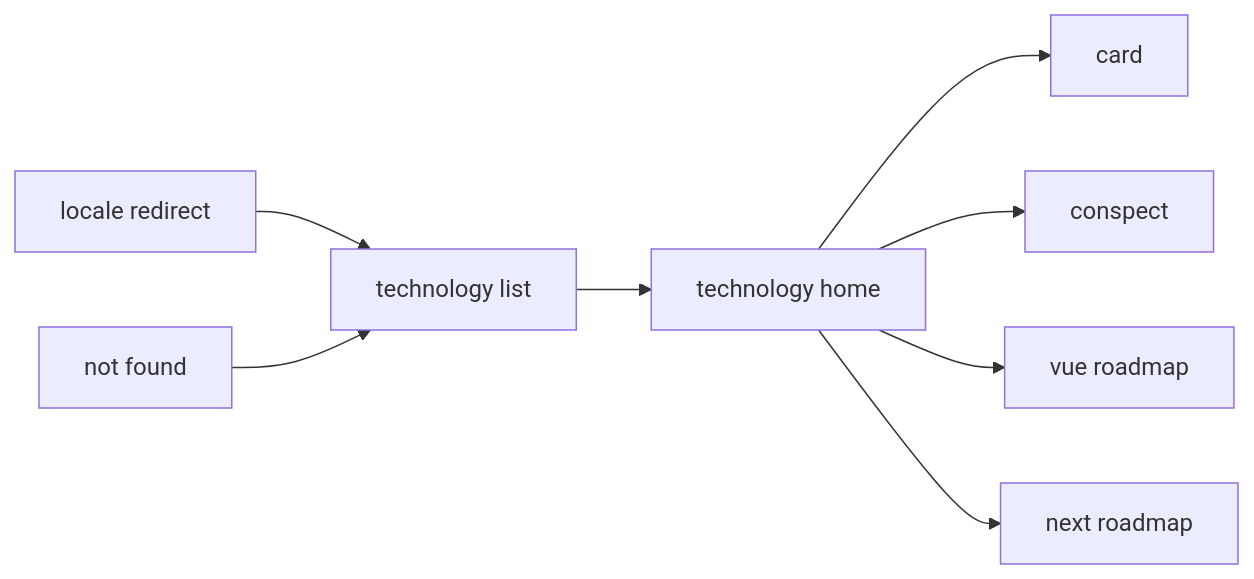
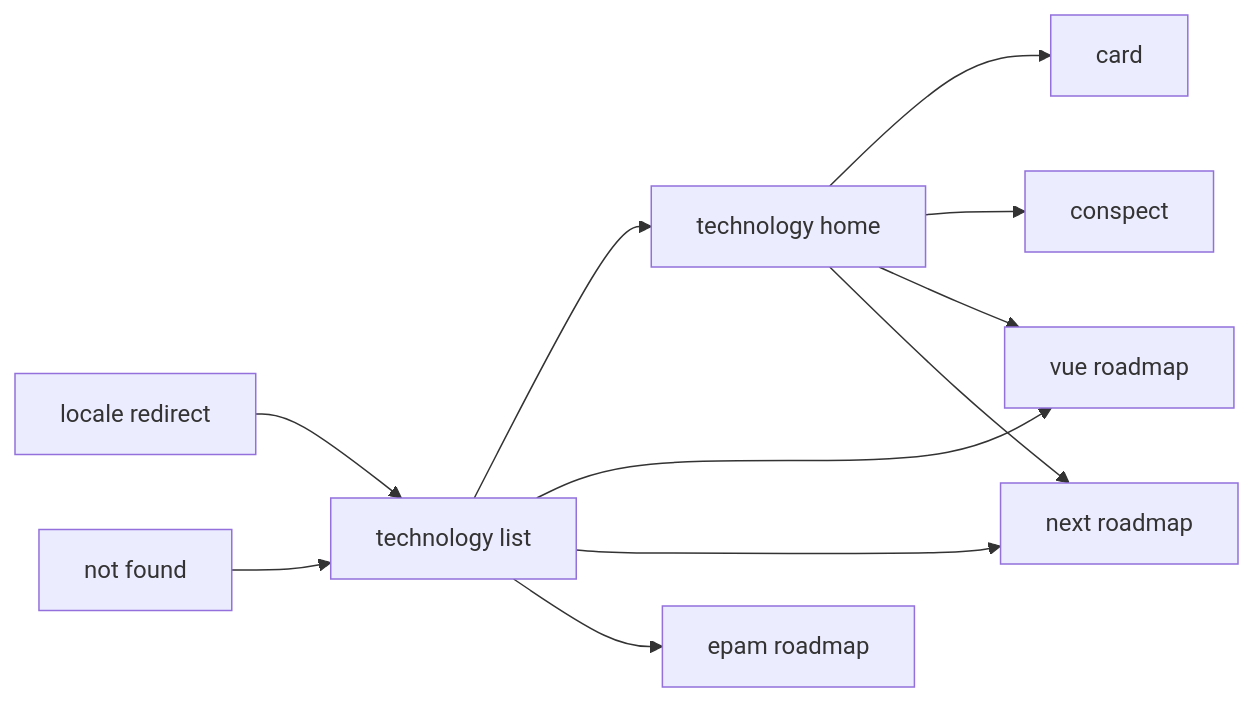
One commit to AleksandrSoloviev/cheat-sheet changed the diagram in .specify/memory/ui/navigation.md. Above: the diagram before and after it, drawn with Mermaid. The commit also changed other lines of this file and 11 other files, not shown here.

````diff
--- a/.specify/memory/ui/navigation.md
+++ b/.specify/memory/ui/navigation.md
@@ -31,18 +34,22 @@
 ```mermaid
 flowchart LR
   redirect[locale redirect]
   list[technology list]
   home[technology home]
   card[card]
   conspect[conspect]
   roadmap[vue roadmap]
   nextRoadmap[next roadmap]
+  epamRoadmap[epam roadmap]
   missing[not found]
   redirect --> list
   list --> home
+  list --> roadmap
+  list --> nextRoadmap
+  list --> epamRoadmap
   home --> card
   home --> conspect
   home --> roadmap
   home --> nextRoadmap
   missing --> list
 ```
````
